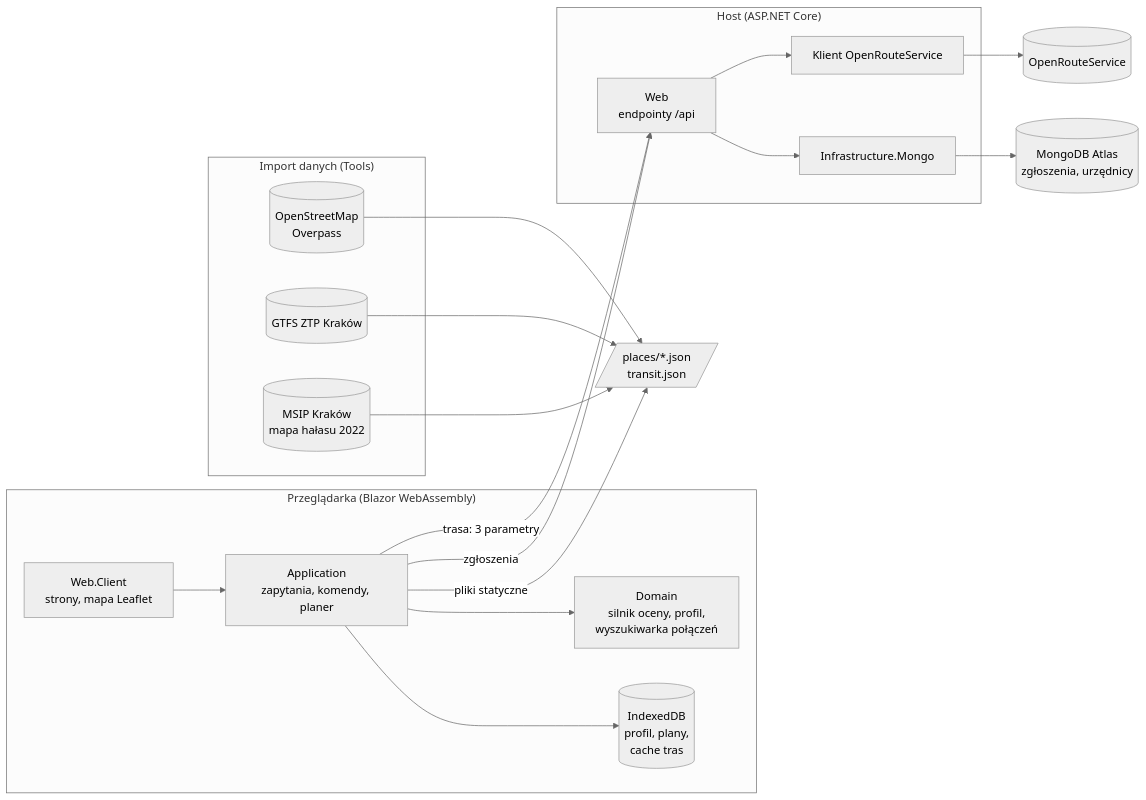
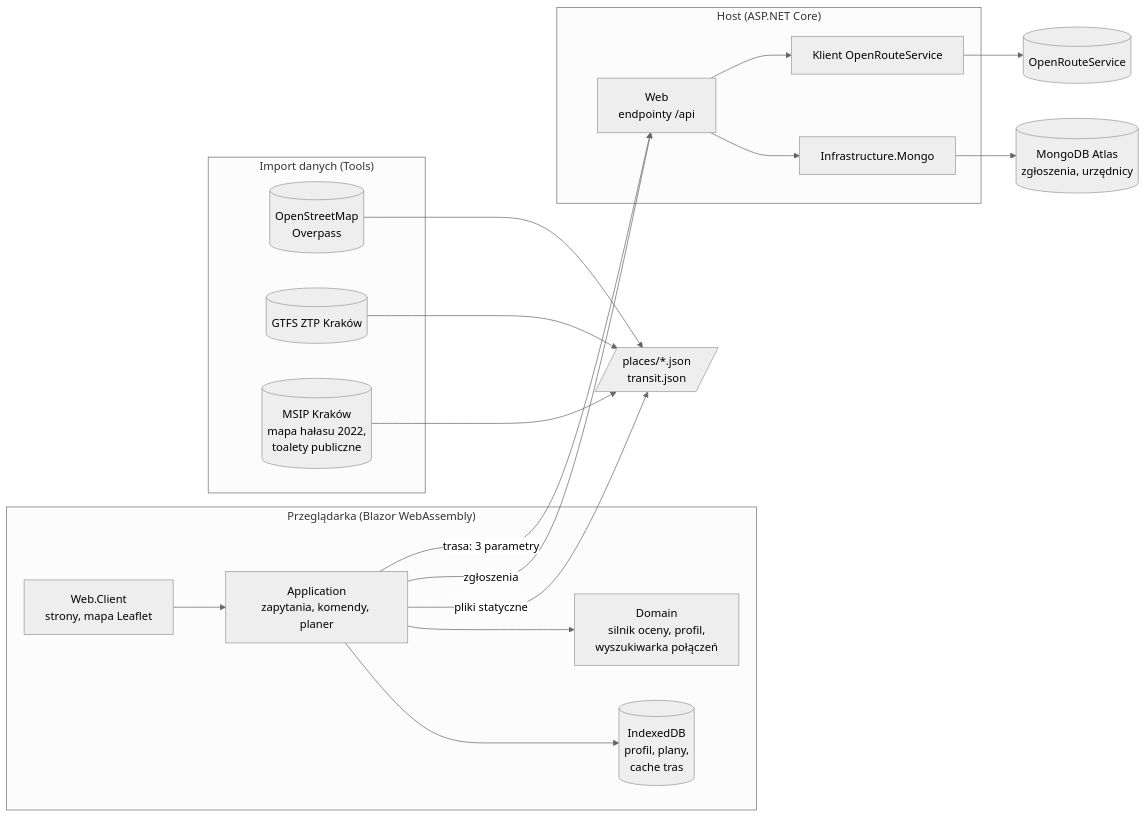
The diagram in README.md (Hackyeah2026/CRACOW_WITHOUT_BARRIERS), drawn with Mermaid (neutral theme) before and after one commit. The commit also changed other lines of this file and 3 other files, not shown here.

````diff
--- a/README.md
+++ b/README.md
@@ -73,36 +74,36 @@
 ```mermaid
 flowchart LR
     subgraph Przeglądarka["Przeglądarka (Blazor WebAssembly)"]
         UI[Web.Client<br/>strony, mapa Leaflet]
         APP[Application<br/>zapytania, komendy, planer]
         DOM[Domain<br/>silnik oceny, profil,<br/>wyszukiwarka połączeń]
         IDB[(IndexedDB<br/>profil, plany,<br/>cache tras)]
         UI --> APP --> DOM
         APP --> IDB
     end
 
     subgraph Host["Host (ASP.NET Core)"]
         API[Web<br/>endpointy /api]
         MONGO[Infrastructure.Mongo]
         ORSC[Klient OpenRouteService]
     end
 
     STATIC[/places/*.json<br/>transit.json/]
     ORS[(OpenRouteService)]
     DB[(MongoDB Atlas<br/>zgłoszenia, urzędnicy)]
 
     APP -- pliki statyczne --> STATIC
     APP -- "trasa: 3 parametry" --> API
     APP -- zgłoszenia --> API
     API --> ORSC --> ORS
     API --> MONGO --> DB
 
     subgraph Offline["Import danych (Tools)"]
         OSM[(OpenStreetMap<br/>Overpass)]
         GTFS[(GTFS ZTP Kraków)]
-        MSIP[(MSIP Kraków<br/>mapa hałasu 2022)]
+        MSIP[(MSIP Kraków<br/>mapa hałasu 2022,<br/>toalety publiczne)]
     end
     OSM --> STATIC
     GTFS --> STATIC
     MSIP --> STATIC
 ```
````
